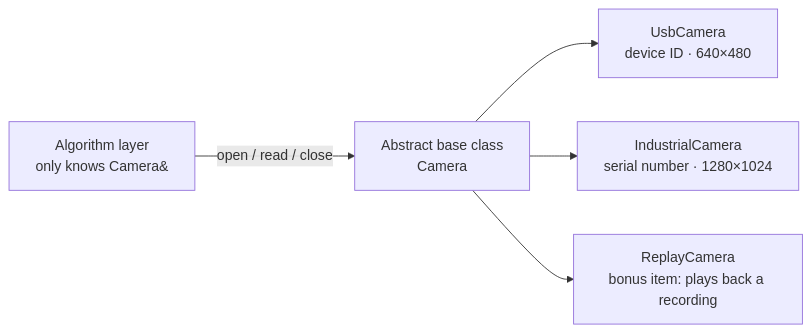
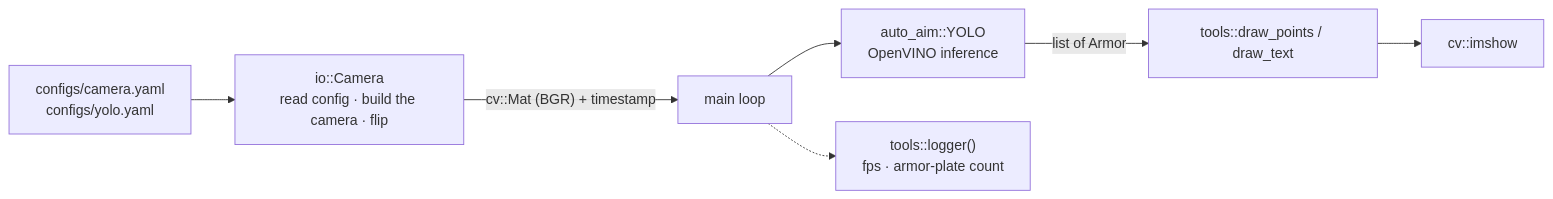
Before and after one commit to SPR-Algorithm/SPR_Vision_Tutorial_27: the diagram in tutorial_2/hw2_en.md, drawn with Mermaid. The commit also changed other lines of this file and 1 other file, not shown here.

````diff
--- a/tutorial_2/hw2_en.md
+++ b/tutorial_2/hw2_en.md
@@ -13,7 +38,9 @@
 ```mermaid
 flowchart LR
-    A["Algorithm layer<br/>only knows Camera&"] -->|open / read / close| I["Abstract base class<br/>Camera"]
-    I --> U["UsbCamera<br/>device ID · 640×480"]
-    I --> N["IndustrialCamera<br/>serial number · 1280×1024"]
-    I --> R["ReplayCamera<br/>bonus item: plays back a recording"]
+    CFG["configs/camera.yaml<br/>configs/yolo.yaml"] --> CAM["io::Camera<br/>read config · build the camera · flip"]
+    CAM -->|"cv::Mat (BGR) + timestamp"| MAIN["main loop"]
+    MAIN --> DET["auto_aim::YOLO<br/>OpenVINO inference"]
+    DET -->|"list of Armor"| DRAW["tools::draw_points / draw_text"]
+    DRAW --> SHOW["cv::imshow"]
+    MAIN -.-> LOG["tools::logger()<br/>fps · armor-plate count"]
 ```
````
